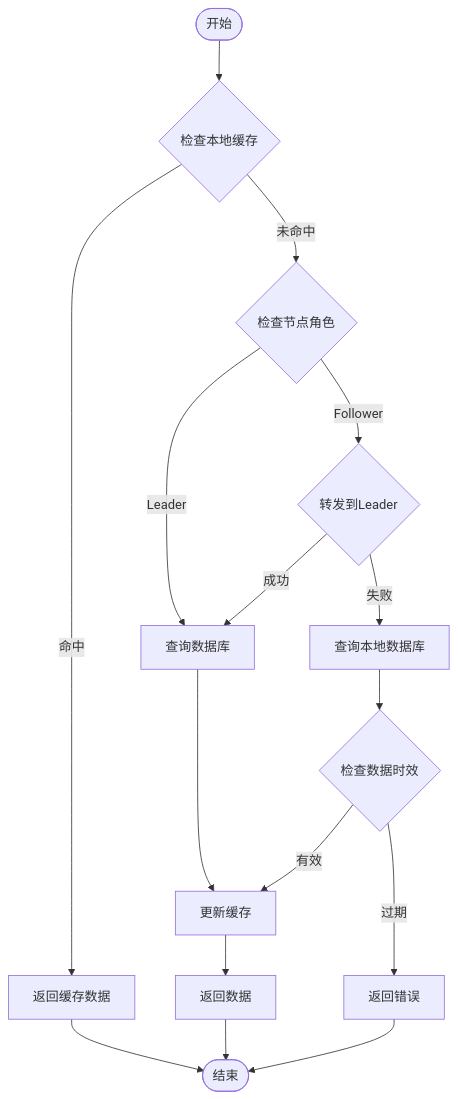
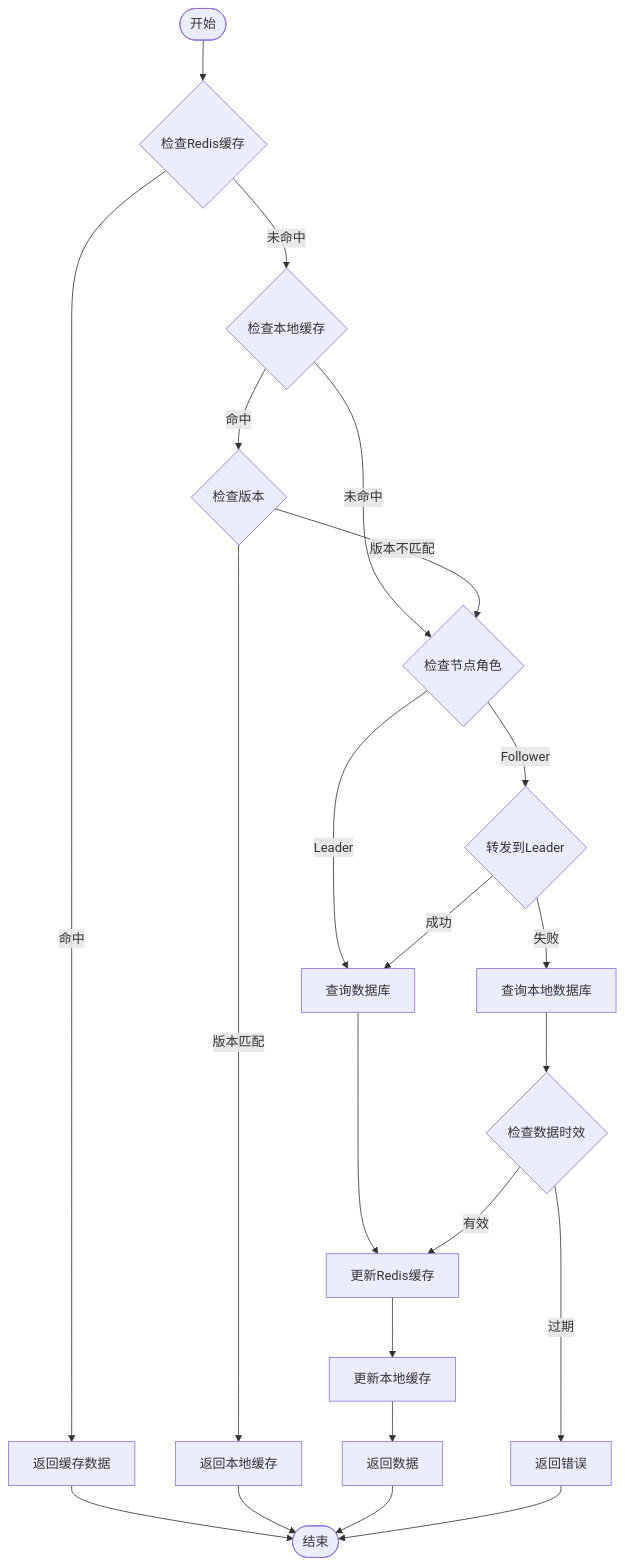
Before and after one commit to cmk2003/cursor-work: the sixth of 11 diagrams in config-center/docs/design.md, drawn with Mermaid. The commit also changed other lines of this file, not shown here.

Commit message:
Add performance optimizations: Redis cache, rate limiting, multi-version configs

````diff
--- a/config-center/docs/design.md
+++ b/config-center/docs/design.md
@@ -309,18 +352,24 @@
 ```mermaid
 flowchart TB
-    Start([开始]) --> CheckCache{检查本地缓存}
-    CheckCache -->|命中| ReturnCache[返回缓存数据]
-    CheckCache -->|未命中| CheckRole{检查节点角色}
+    Start([开始]) --> CheckRedis{检查Redis缓存}
+    CheckRedis -->|命中| ReturnRedis[返回缓存数据]
+    CheckRedis -->|未命中| CheckLocalCache{检查本地缓存}
+    CheckLocalCache -->|命中| CheckVersion{检查版本}
+    CheckLocalCache -->|未命中| CheckRole{检查节点角色}
+    CheckVersion -->|版本匹配| ReturnLocal[返回本地缓存]
+    CheckVersion -->|版本不匹配| CheckRole
     CheckRole -->|Leader| QueryDB[查询数据库]
     CheckRole -->|Follower| ForwardLeader{转发到Leader}
     ForwardLeader -->|成功| QueryDB
     ForwardLeader -->|失败| QueryLocalDB[查询本地数据库]
-    QueryDB --> UpdateCache[更新缓存]
+    QueryDB --> UpdateRedis[更新Redis缓存]
     QueryLocalDB --> CheckStale{检查数据时效}
     CheckStale -->|过期| ReturnError[返回错误]
-    CheckStale -->|有效| UpdateCache
-    UpdateCache --> ReturnData[返回数据]
-    ReturnCache --> End([结束])
+    CheckStale -->|有效| UpdateRedis
+    UpdateRedis --> UpdateLocal[更新本地缓存]
+    UpdateLocal --> ReturnData[返回数据]
+    ReturnRedis --> End([结束])
+    ReturnLocal --> End
     ReturnData --> End
     ReturnError --> End
 ```
````
